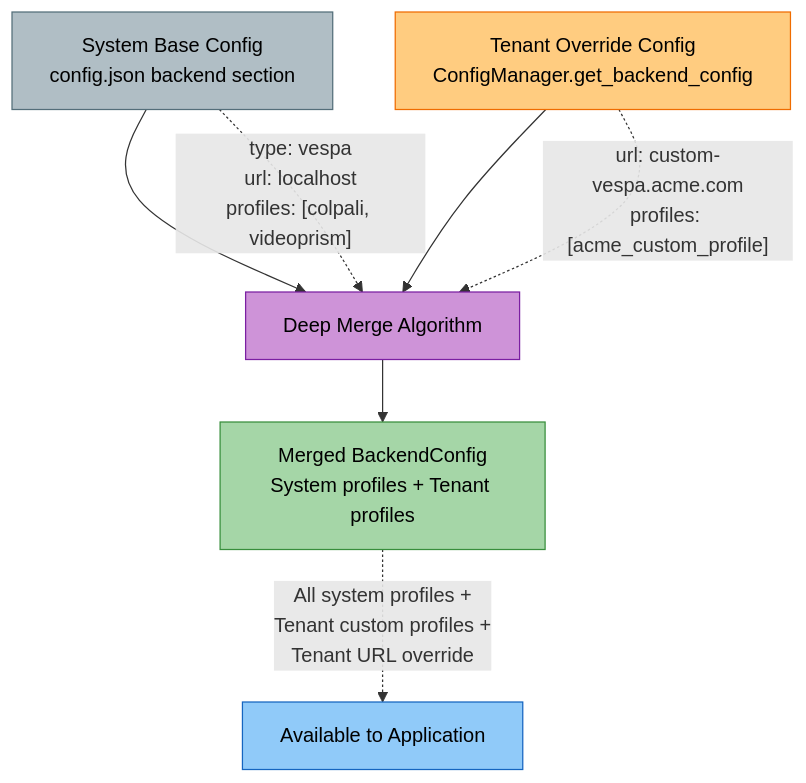
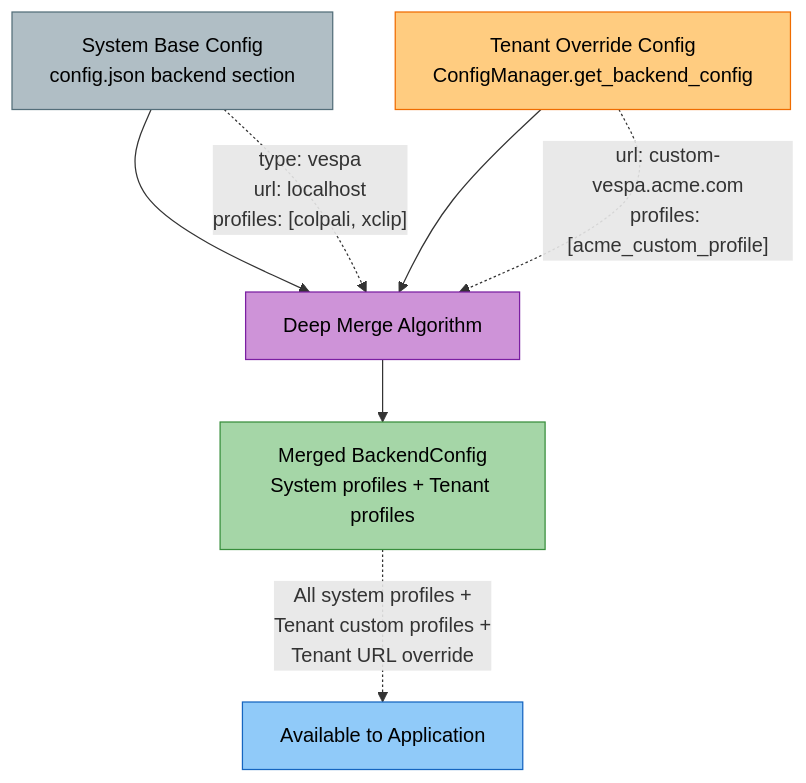
One commit to amit-jain/cogniverse changed the second of 9 diagrams in docs/modules/backends.md. Above: the diagram before and after it, drawn with Mermaid. The commit also changed other lines of this file and 168 other files, not shown here.

````diff
--- a/docs/modules/backends.md
+++ b/docs/modules/backends.md
@@ -326,16 +326,16 @@
 ```mermaid
 flowchart TB
     SystemConfig["<span style='color:#000'>System Base Config<br/>config.json backend section</span>"] --> Merge["<span style='color:#000'>Deep Merge Algorithm</span>"]
     TenantConfig["<span style='color:#000'>Tenant Override Config<br/>ConfigManager.get_backend_config</span>"] --> Merge
     Merge --> MergedConfig["<span style='color:#000'>Merged BackendConfig<br/>System profiles + Tenant profiles</span>"]
 
-    SystemConfig -.->|"type: vespa<br/>url: localhost<br/>profiles: [colpali, videoprism]"| Merge
+    SystemConfig -.->|"type: vespa<br/>url: localhost<br/>profiles: [colpali, xclip]"| Merge
     TenantConfig -.->|"url: custom-vespa.acme.com<br/>profiles: [acme_custom_profile]"| Merge
     MergedConfig -.->|"All system profiles +<br/>Tenant custom profiles +<br/>Tenant URL override"| Result["<span style='color:#000'>Available to Application</span>"]
 
     style SystemConfig fill:#b0bec5,stroke:#546e7a,color:#000
     style TenantConfig fill:#ffcc80,stroke:#ef6c00,color:#000
     style Merge fill:#ce93d8,stroke:#7b1fa2,color:#000
     style MergedConfig fill:#a5d6a7,stroke:#388e3c,color:#000
     style Result fill:#90caf9,stroke:#1565c0,color:#000
 ```
````
